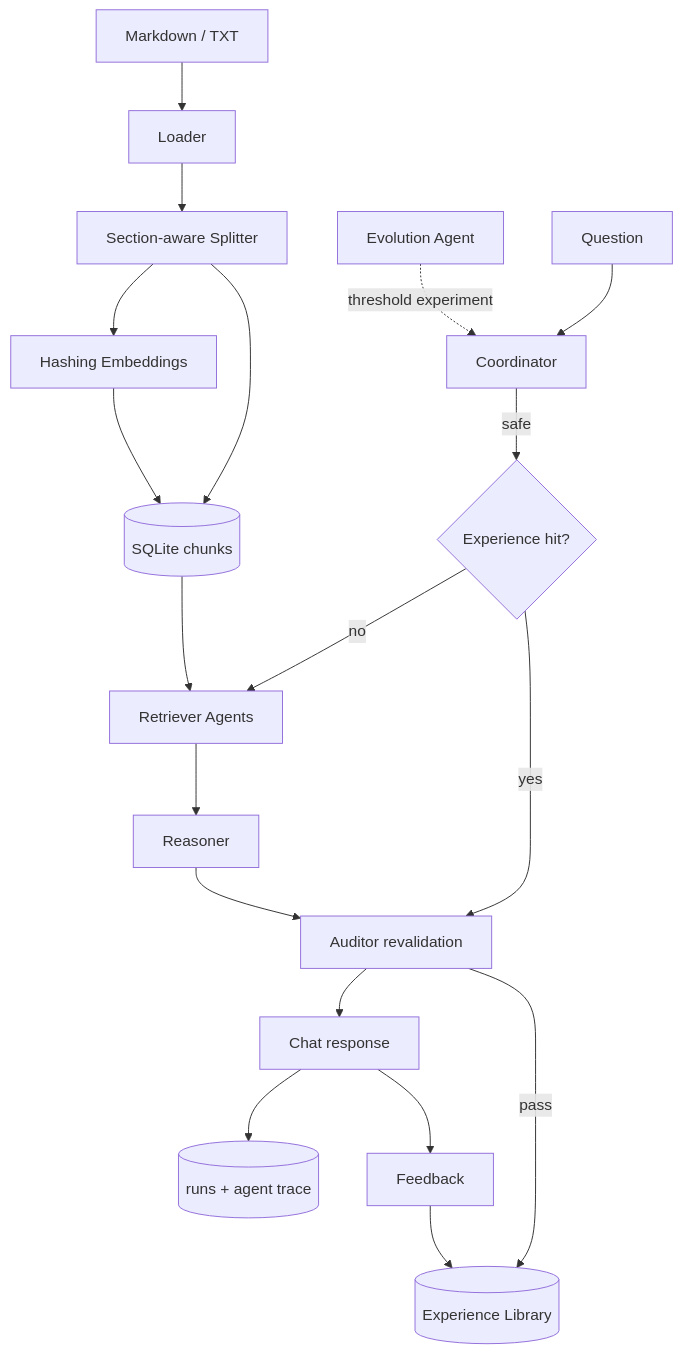
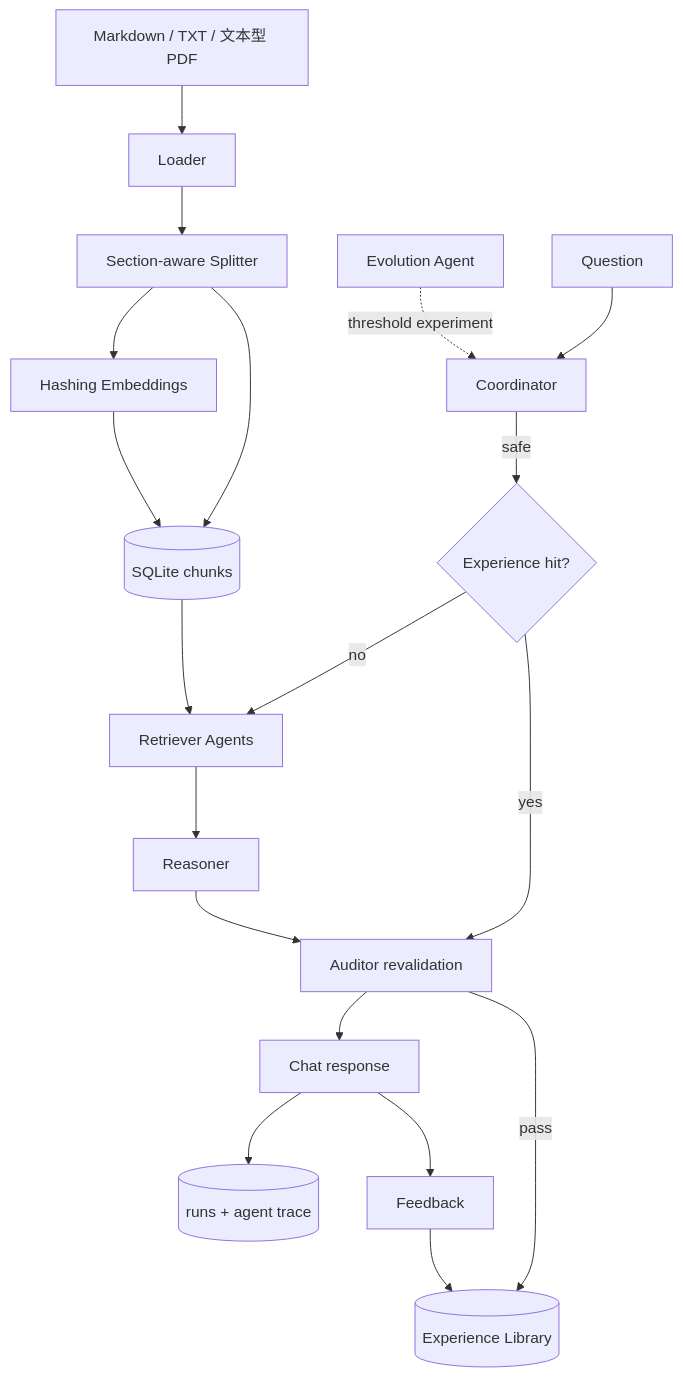
The diagram in docs/architecture.md (1Hz123/enterprise-rag-quality-lab), drawn with Mermaid before and after one commit. The commit also changed other lines of this file and 17 other files, not shown here.

````diff
--- a/docs/architecture.md
+++ b/docs/architecture.md
@@ -23,22 +23,22 @@
 ```mermaid
 flowchart TD
-    A[Markdown / TXT] --> B[Loader]
+    A[Markdown / TXT / 文本型 PDF] --> B[Loader]
     B --> C[Section-aware Splitter]
     C --> D[Hashing Embeddings]
     C --> E[(SQLite chunks)]
     D --> E
 
     Q[Question] --> G[Coordinator]
     G -->|safe| X{Experience hit?}
     X -->|yes| AU[Auditor revalidation]
     X -->|no| R[Retriever Agents]
     E --> R
     R --> RE[Reasoner]
     RE --> AU
     AU -->|pass| EX[(Experience Library)]
     AU --> O[Chat response]
     O --> N[(runs + agent trace)]
     O --> F[Feedback]
     F --> EX
     EV[Evolution Agent] -. threshold experiment .-> G
 ```
````
